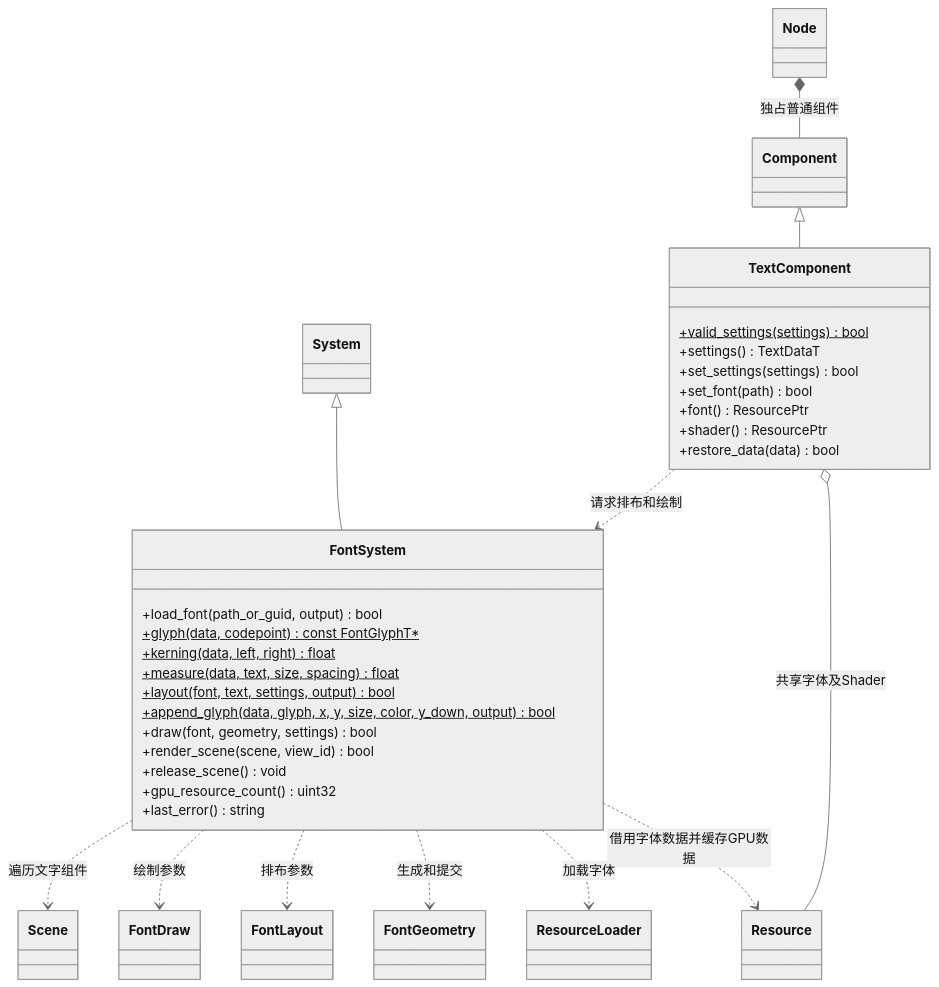
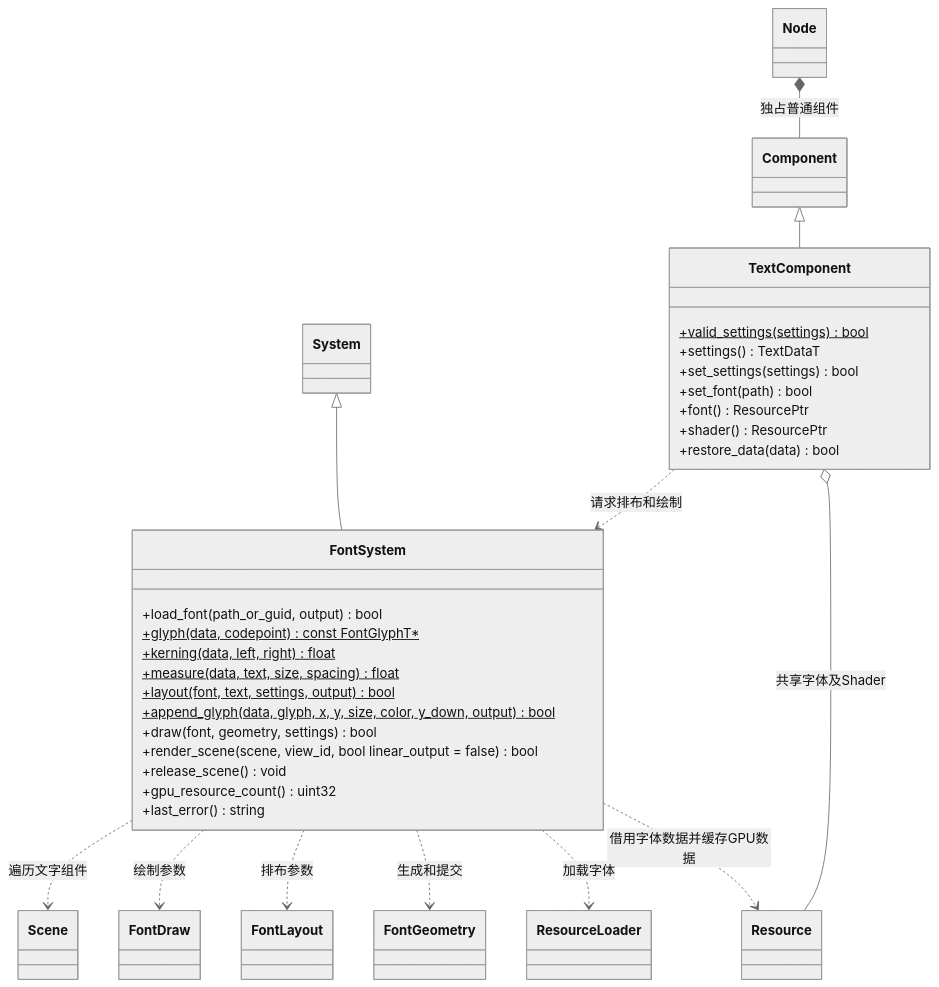
The first of 2 diagrams in docs/runtime/class-diagrams/font-system.md (lcals/Engine), drawn with Mermaid (neutral theme) before and after one commit. The commit also changed other lines of this file and 78 other files, not shown here.

First line of the commit message:
feat(render): add CSM, AO and HDR with incremental scene previews

````diff
--- a/docs/runtime/class-diagrams/font-system.md
+++ b/docs/runtime/class-diagrams/font-system.md
@@ -7,36 +7,36 @@
 ```mermaid
 classDiagram
     System <|-- FontSystem
     Component <|-- TextComponent
     FontSystem ..> Resource : 借用字体数据并缓存GPU数据
     FontSystem ..> ResourceLoader : 加载字体
     FontSystem ..> FontGeometry : 生成和提交
     FontSystem ..> FontLayout : 排布参数
     FontSystem ..> FontDraw : 绘制参数
     FontSystem ..> Scene : 遍历文字组件
     TextComponent o-- Resource : 共享字体及Shader
     TextComponent ..> FontSystem : 请求排布和绘制
     Node *-- Component : 独占普通组件
     class FontSystem {
         +load_font(path_or_guid, output) bool
         +glyph(data, codepoint) const FontGlyphT#42;$
         +kerning(data, left, right) float$
         +measure(data, text, size, spacing) float$
         +layout(font, text, settings, output) bool$
         +append_glyph(data, glyph, x, y, size, color, y_down, output) bool$
         +draw(font, geometry, settings) bool
-        +render_scene(scene, view_id) bool
+        +render_scene(scene, view_id, bool linear_output = false) bool
         +release_scene() void
         +gpu_resource_count() uint32
         +last_error() string
     }
     class TextComponent {
         +valid_settings(settings) bool$
         +settings() TextDataT
         +set_settings(settings) bool
         +set_font(path) bool
         +font() ResourcePtr
         +shader() ResourcePtr
         +restore_data(data) bool
     }
 ```
````
